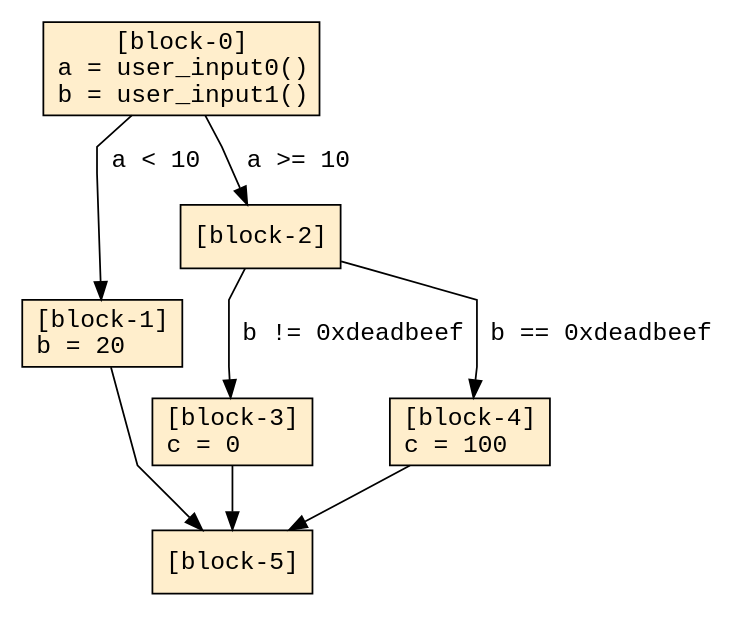
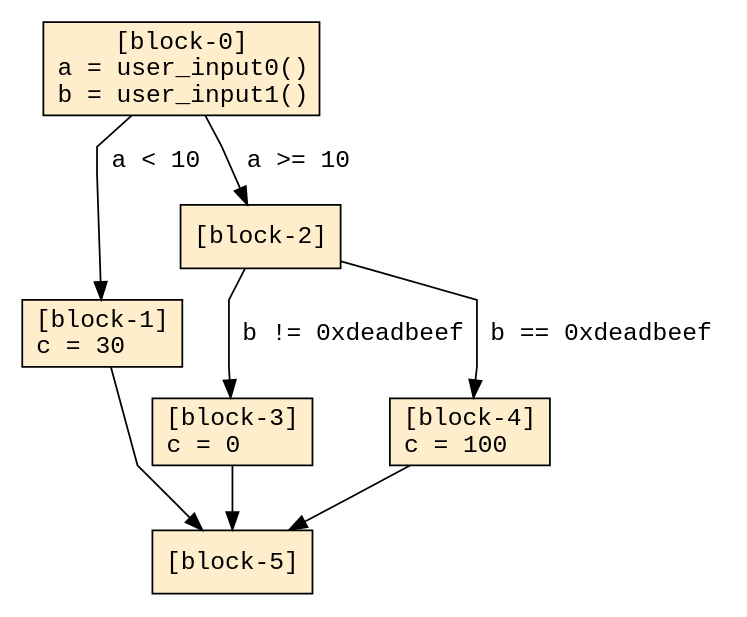
One commit to dbrumley/binary-editing-for-fuzzing changed the diagram in methodology/graphs/graph-0.dot. Above: the diagram before and after it, drawn with Graphviz. The commit also changed 3 other files, not shown here.

Commit message:
Graphs were wrong. Graphs are fixed.

```diff
--- a/methodology/graphs/graph-0.dot
+++ b/methodology/graphs/graph-0.dot
@@ -1,20 +1,20 @@
 digraph G {
     size="5.0,6.0";
     graph [fontname="Courier New", splines="polyline"]
     node [fontname="Courier New"]
     edge [fontname="Courier New"]
     0 [shape="box", label="[block-0]\na = user_input0()\lb = user_input1()\l", style="filled", fillcolor="#ffeecc"];
-    1 [shape="box", label="[block-1]\nb = 20\l", style="filled", fillcolor="#ffeecc"];
+    1 [shape="box", label="[block-1]\nc = 30\l", style="filled", fillcolor="#ffeecc"];
     2 [shape="box", label="[block-2]", style="filled", fillcolor="#ffeecc"];
     3 [shape="box", label="[block-3]\nc = 0\l", style="filled", fillcolor="#ffeecc"];
     4 [shape="box", label="[block-4]\nc = 100\l", style="filled", fillcolor="#ffeecc"];
     5 [shape="box", label="[block-5]", style="filled", fillcolor="#ffeecc"];
     
     0 -> 1 [label=" a < 10 "];
     0 -> 2 [label=" a >= 10 "];
     1 -> 5;
     2 -> 3 [label=" b != 0xdeadbeef "];
     2 -> 4 [label=" b == 0xdeadbeef "];
     3 -> 5;
     4 -> 5;
 }
```
